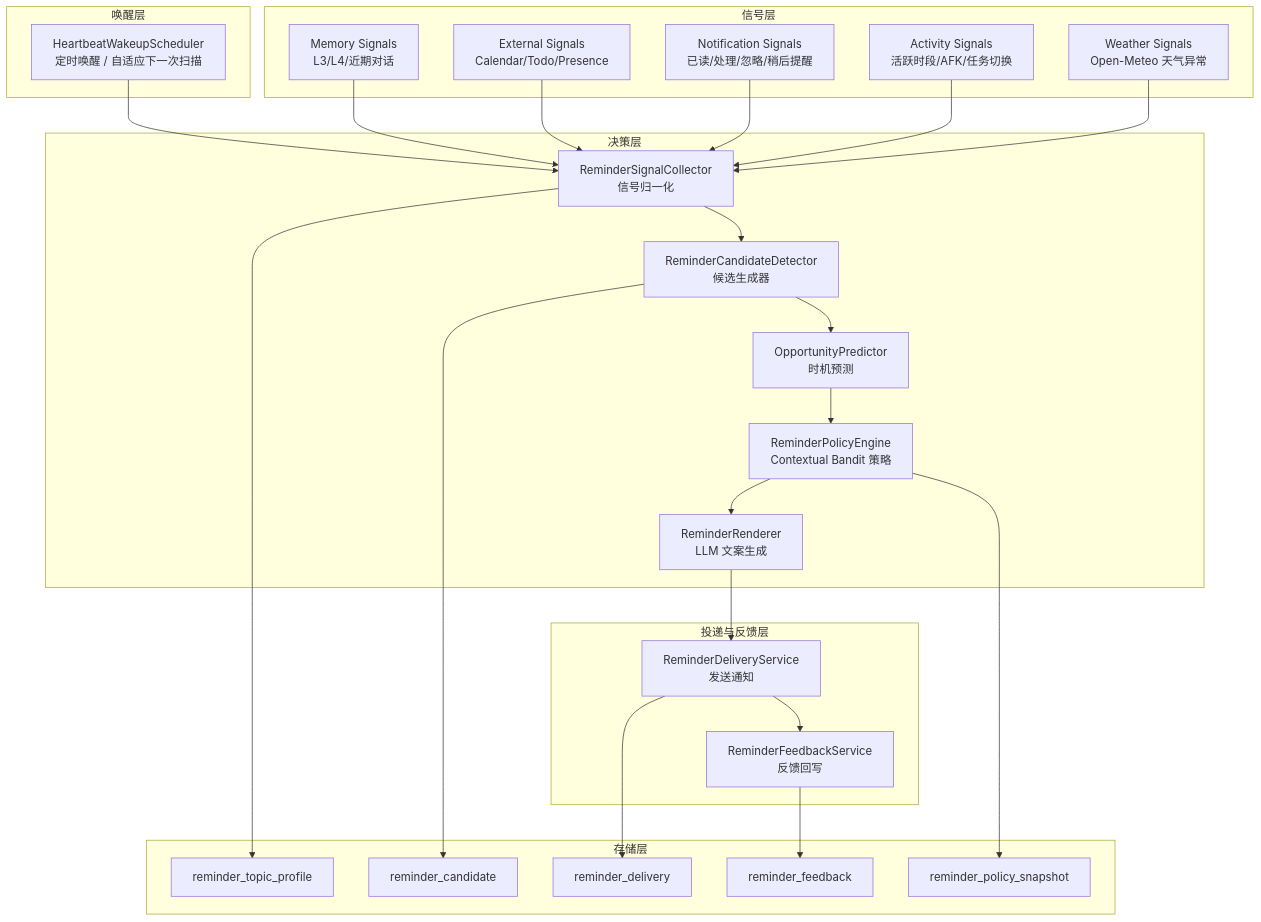
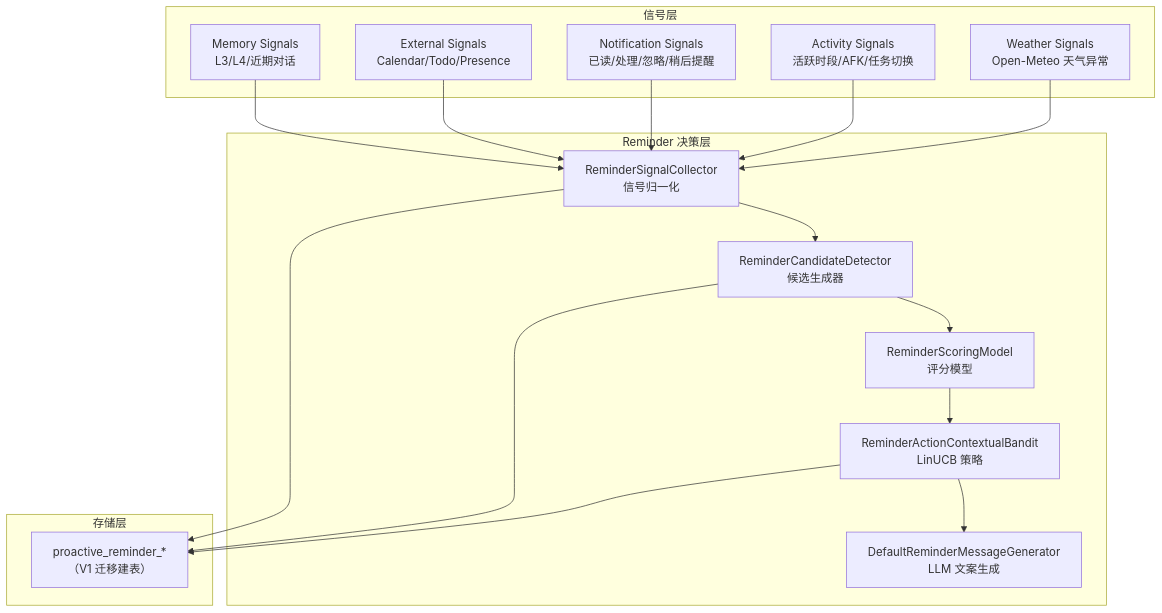
One commit to ntygod/LifePilot changed the second of 2 diagrams in docs/architecture/proactive-reminder-engine.md. Above: the diagram before and after it, drawn with Mermaid. The commit also changed other lines of this file and 22 other files, not shown here.

````diff
--- a/docs/architecture/proactive-reminder-engine.md
+++ b/docs/architecture/proactive-reminder-engine.md
@@ -88,53 +173,35 @@
 ```mermaid
 graph TB
-    subgraph "唤醒层"
-        WAKE["HeartbeatWakeupScheduler<br/>定时唤醒 / 自适应下一次扫描"]
-    end
-
     subgraph "信号层"
         MEM["Memory Signals<br/>L3/L4/近期对话"]
         EXT["External Signals<br/>Calendar/Todo/Presence"]
         NOTI["Notification Signals<br/>已读/处理/忽略/稍后提醒"]
         ACT["Activity Signals<br/>活跃时段/AFK/任务切换"]
         WEATHER["Weather Signals<br/>Open-Meteo 天气异常"]
     end
 
-    subgraph "决策层"
+    subgraph "Reminder 决策层"
         COLLECT["ReminderSignalCollector<br/>信号归一化"]
         DETECT["ReminderCandidateDetector<br/>候选生成器"]
-        PREDICT["OpportunityPredictor<br/>时机预测"]
-        POLICY["ReminderPolicyEngine<br/>Contextual Bandit 策略"]
-        RENDER["ReminderRenderer<br/>LLM 文案生成"]
-    end
-
-    subgraph "投递与反馈层"
-        DELIVERY["ReminderDeliveryService<br/>发送通知"]
-        FEEDBACK["ReminderFeedbackService<br/>反馈回写"]
+        PREDICT["ReminderScoringModel<br/>评分模型"]
+        POLICY["ReminderActionContextualBandit<br/>LinUCB 策略"]
+        RENDER["DefaultReminderMessageGenerator<br/>LLM 文案生成"]
     end
 
     subgraph "存储层"
-        DB1["reminder_topic_profile"]
-        DB2["reminder_candidate"]
-        DB3["reminder_delivery"]
-        DB4["reminder_feedback"]
-        DB5["reminder_policy_snapshot"]
+        DB1["proactive_reminder_*<br/>（V1 迁移建表）"]
     end
 
-    WAKE --> COLLECT
     MEM --> COLLECT
     EXT --> COLLECT
     NOTI --> COLLECT
     ACT --> COLLECT
     WEATHER --> COLLECT
     COLLECT --> DETECT
     DETECT --> PREDICT
     PREDICT --> POLICY
     POLICY --> RENDER
-    RENDER --> DELIVERY
-    DELIVERY --> FEEDBACK
     COLLECT --> DB1
-    DETECT --> DB2
-    DELIVERY --> DB3
-    FEEDBACK --> DB4
-    POLICY --> DB5
+    DETECT --> DB1
+    POLICY --> DB1
 ```
````
